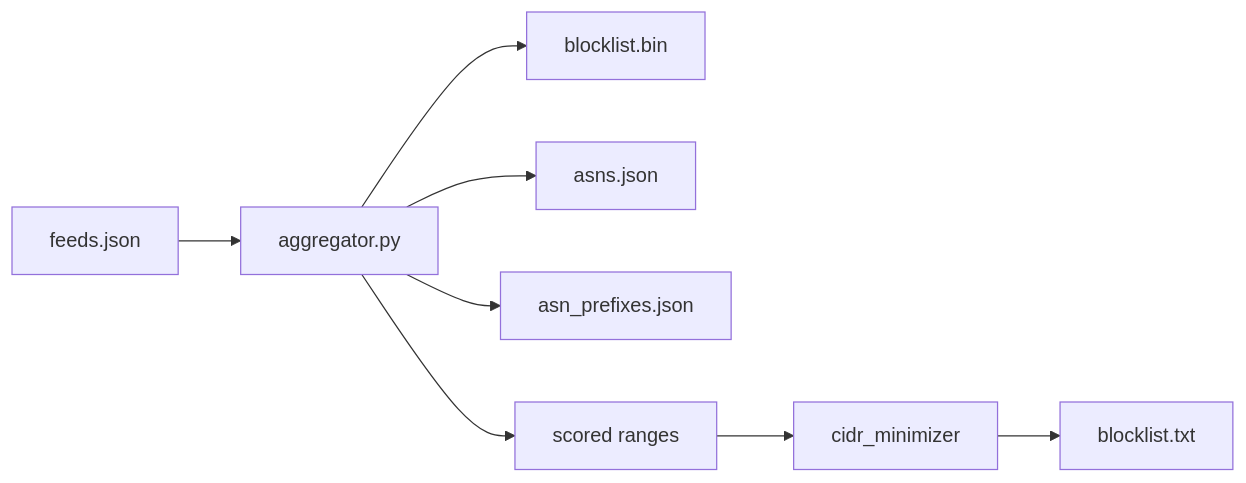
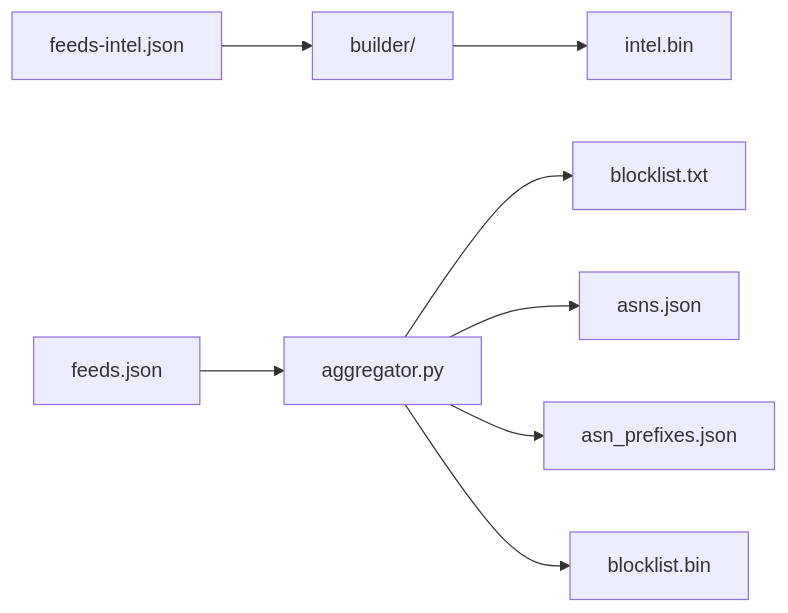
The diagram in README.md (tn3w/IPBlocklist), drawn with Mermaid before and after one commit. The commit also changed other lines of this file and 9 other files, not shown here.

````diff
--- a/README.md
+++ b/README.md
@@ -70,10 +172,10 @@
 ```mermaid
 flowchart LR
-    A[feeds.json] --> B[aggregator.py]
-    B --> C[blocklist.bin]
-    B --> D[asns.json]
-    B --> AP[asn_prefixes.json]
-    B --> E[scored ranges]
-    E --> F[cidr_minimizer]
-    F --> G[blocklist.txt]
+    F[feeds-intel.json] --> B[builder/]
+    B --> I[intel.bin]
+    A[feeds.json] --> P[aggregator.py]
+    P --> T[blocklist.txt]
+    P --> J[asns.json]
+    P --> AP[asn_prefixes.json]
+    P --> L[blocklist.bin]
 ```
````
